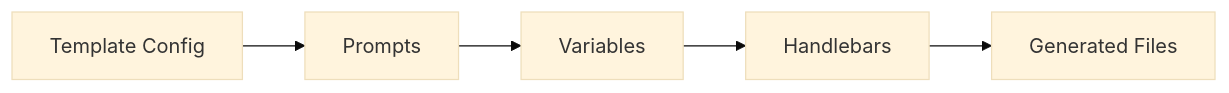
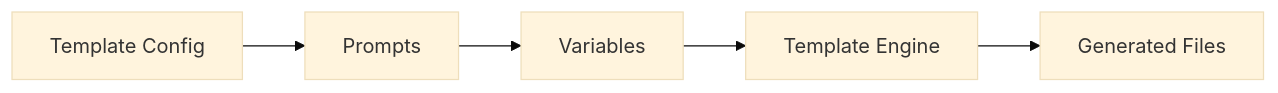
One commit to tqa24/knowns changed the diagram in .knowns/docs/guides/templates-guide.md. Above: the diagram before and after it, drawn with Mermaid (base theme). The commit also changed other lines of this file and 638 other files, not shown here.

````diff
--- a/.knowns/docs/guides/templates-guide.md
+++ b/.knowns/docs/guides/templates-guide.md
@@ -18,7 +20,7 @@
 ```mermaid
 graph LR
     A[Template Config] --> B[Prompts]
     B --> C[Variables]
-    C --> D[Handlebars]
+    C --> D[Template Engine]
     D --> E[Generated Files]
 ```
````
